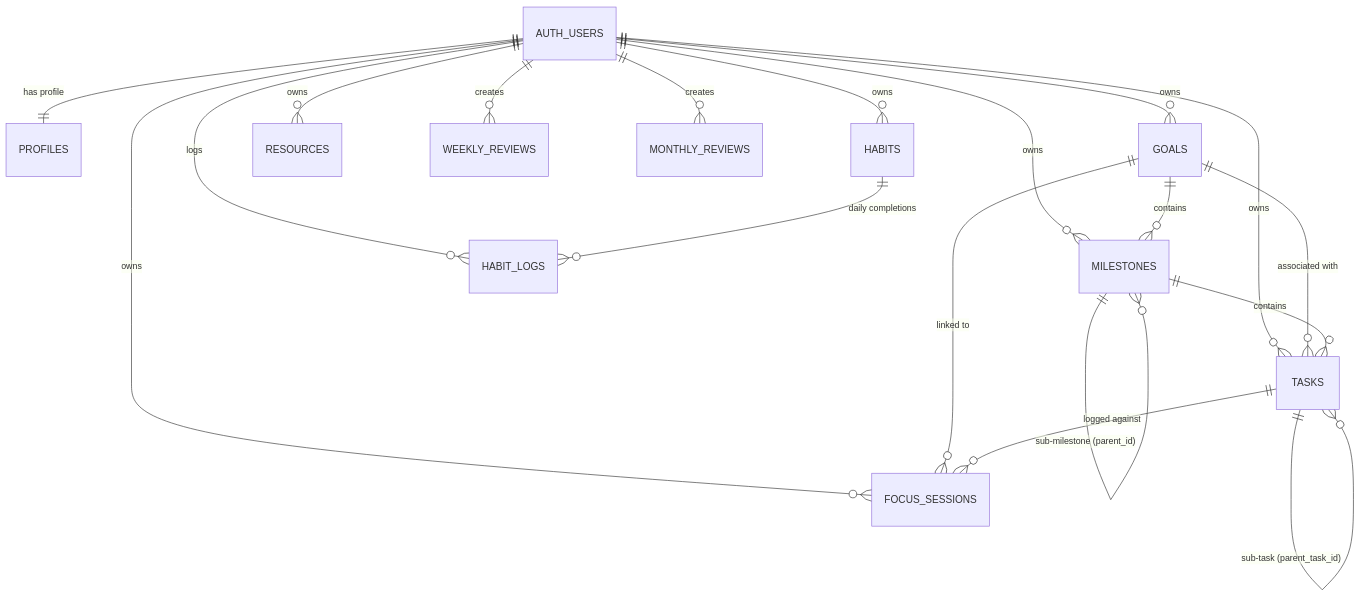
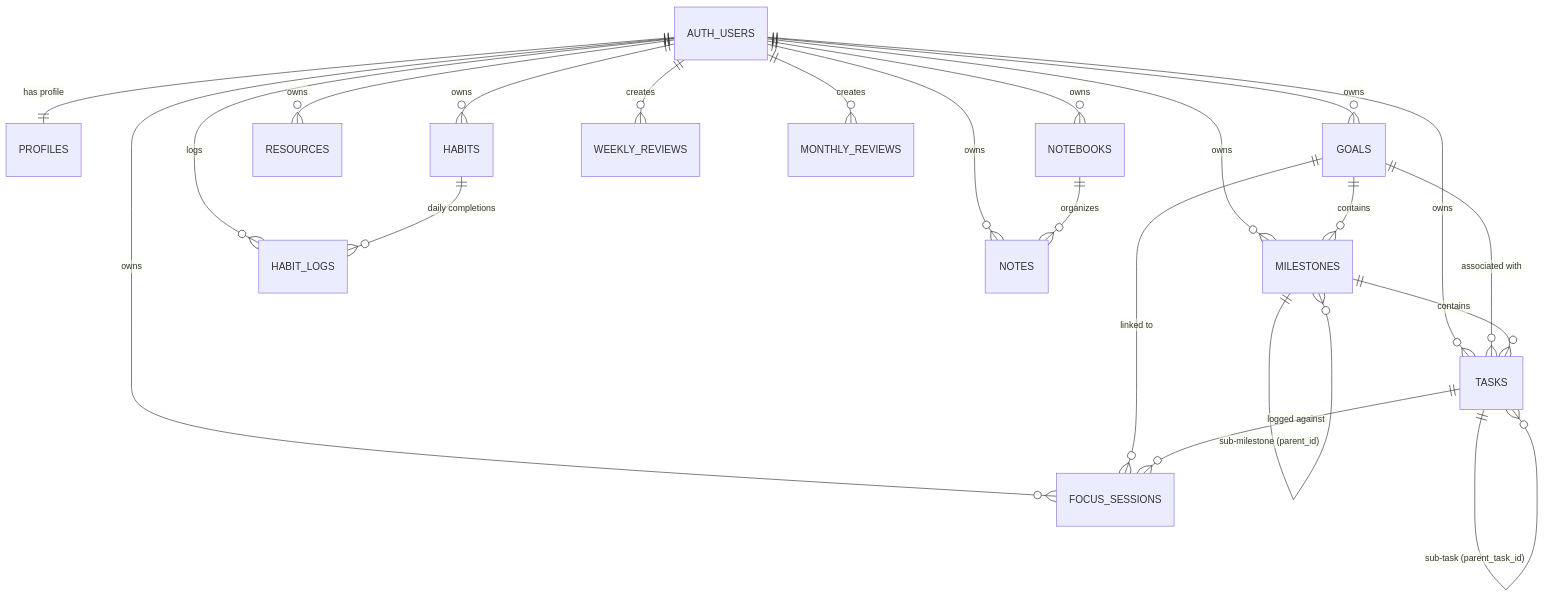
Before and after one commit to Kaap10/kaap10.github.io: the second of 2 diagrams in Project.md, drawn with Mermaid. The commit also changed other lines of this file and 3 other files, not shown here.

Commit message:
docs: update README.md and Project.md with latest architecture and features

````diff
--- a/Project.md
+++ b/Project.md
@@ -157,25 +160,29 @@
 ```mermaid
 erDiagram
     AUTH_USERS ||--|| PROFILES : "has profile"
     AUTH_USERS ||--o{ GOALS : "owns"
     AUTH_USERS ||--o{ MILESTONES : "owns"
     AUTH_USERS ||--o{ TASKS : "owns"
     AUTH_USERS ||--o{ FOCUS_SESSIONS : "owns"
     AUTH_USERS ||--o{ HABITS : "owns"
     AUTH_USERS ||--o{ HABIT_LOGS : "logs"
     AUTH_USERS ||--o{ RESOURCES : "owns"
+    AUTH_USERS ||--o{ NOTEBOOKS : "owns"
+    AUTH_USERS ||--o{ NOTES : "owns"
     AUTH_USERS ||--o{ WEEKLY_REVIEWS : "creates"
     AUTH_USERS ||--o{ MONTHLY_REVIEWS : "creates"
 
     GOALS ||--o{ MILESTONES : "contains"
     GOALS ||--o{ TASKS : "associated with"
     GOALS ||--o{ FOCUS_SESSIONS : "linked to"
 
     MILESTONES ||--o{ MILESTONES : "sub-milestone (parent_id)"
     MILESTONES ||--o{ TASKS : "contains"
 
     TASKS ||--o{ TASKS : "sub-task (parent_task_id)"
     TASKS ||--o{ FOCUS_SESSIONS : "logged against"
 
     HABITS ||--o{ HABIT_LOGS : "daily completions"
+
+    NOTEBOOKS ||--o{ NOTES : "organizes"
 ```
````
